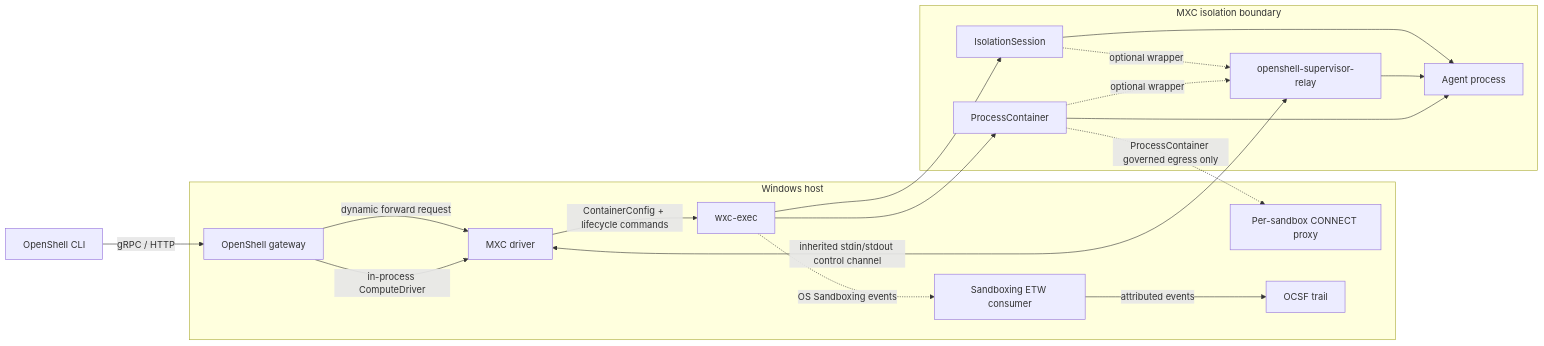
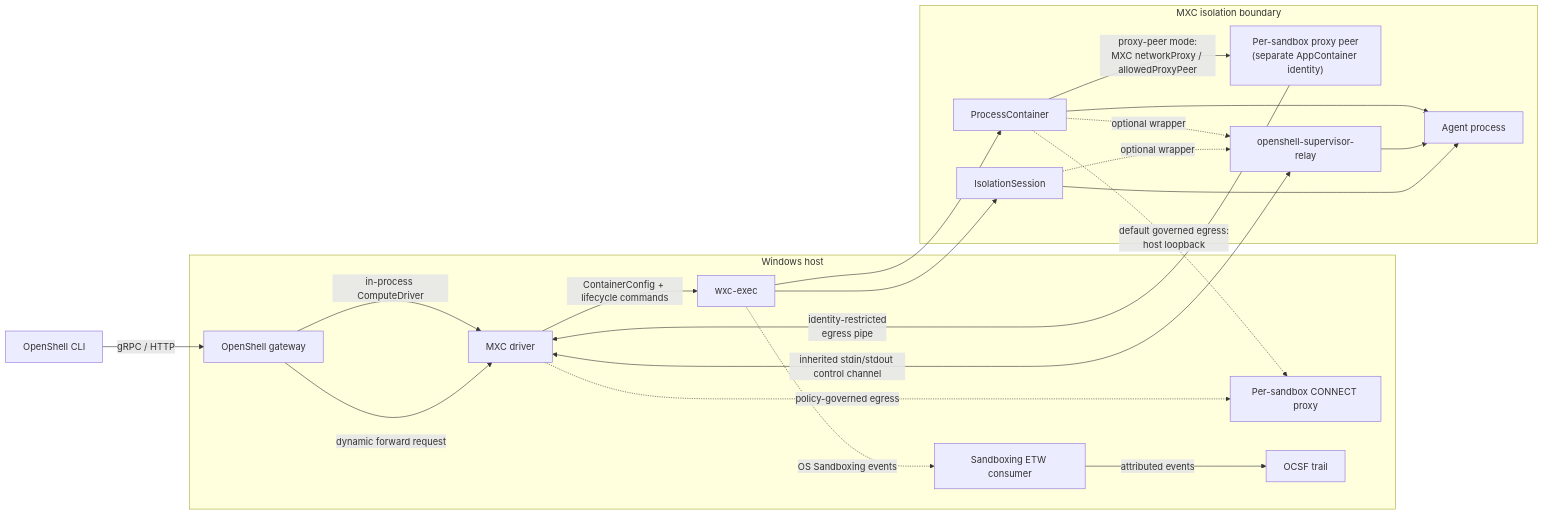
One commit to NVIDIA/OpenShell changed the diagram in architecture/windows.md. Above: the diagram before and after it, drawn with Mermaid. The commit also changed other lines of this file and 26 other files, not shown here.

Commit message:
fix(mxc): make proxy-peer mode egress-only

````diff
--- a/architecture/windows.md
+++ b/architecture/windows.md
@@ -28,30 +28,34 @@
 ```mermaid
 flowchart LR
     CLI["OpenShell CLI"] -->|"gRPC / HTTP"| GW["OpenShell gateway"]
 
     subgraph HOST["Windows host"]
         GW -->|"in-process ComputeDriver"| DRV["MXC driver"]
         DRV -->|"ContainerConfig + lifecycle commands"| WXC["wxc-exec"]
         PROXY["Per-sandbox CONNECT proxy"]
         ETW["Sandboxing ETW consumer"] -->|"attributed events"| OCSF["OCSF trail"]
         GW -->|"dynamic forward request"| DRV
     end
 
     subgraph MXC["MXC isolation boundary"]
         PC["ProcessContainer"]
+        PEER["Per-sandbox proxy peer<br/>(separate AppContainer identity)"]
         ISO["IsolationSession"]
         RELAY["openshell-supervisor-relay"]
         AGENT["Agent process"]
         PC --> AGENT
         PC -. "optional wrapper" .-> RELAY
         RELAY --> AGENT
         ISO --> AGENT
         ISO -. "optional wrapper" .-> RELAY
     end
 
     WXC --> PC
     WXC --> ISO
-    PC -. "ProcessContainer governed egress only" .-> PROXY
+    PC -. "default governed egress:<br/>host loopback" .-> PROXY
+    PC -->|"proxy-peer mode:<br/>MXC networkProxy / allowedProxyPeer"| PEER
+    PEER -->|"identity-restricted<br/>egress pipe"| DRV
+    DRV -. "policy-governed egress" .-> PROXY
     DRV <-->|"inherited stdin/stdout control channel"| RELAY
     WXC -. "OS Sandboxing events" .-> ETW
 ```
````
